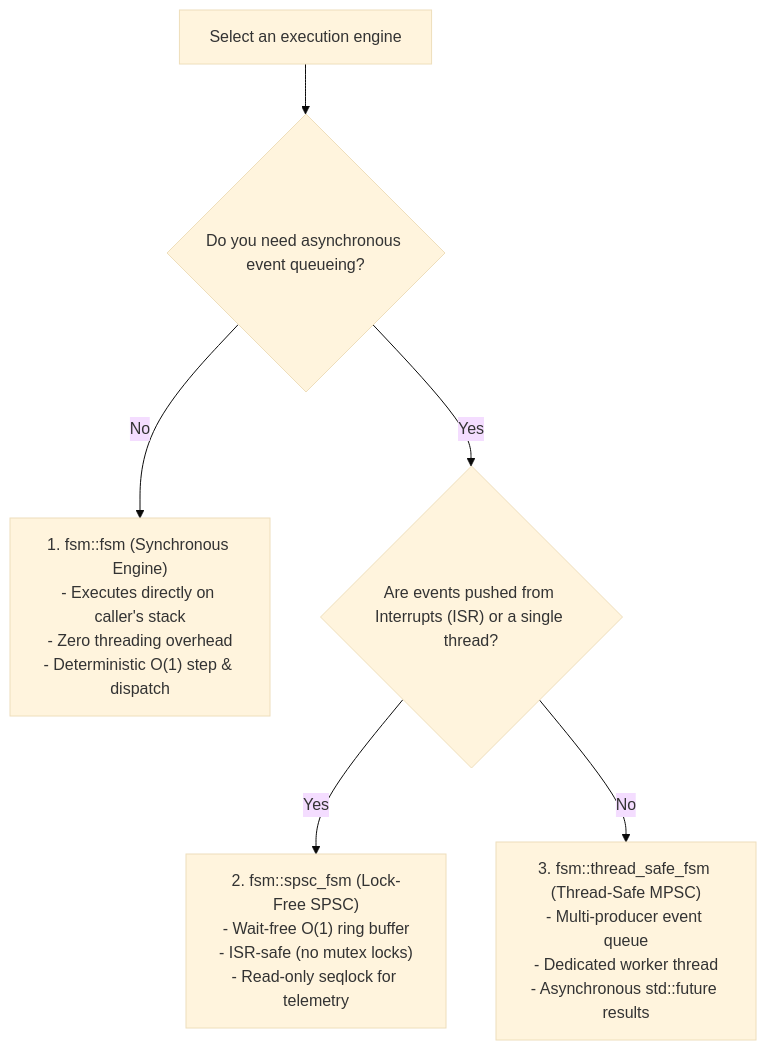
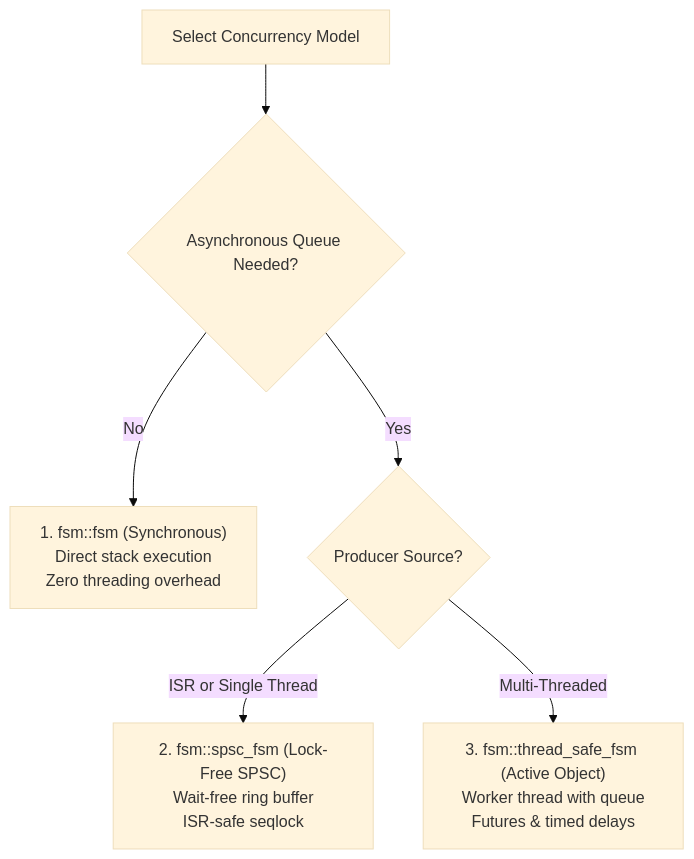
One commit to simoneCavalleri/fsmc changed the diagram in docs/runtime_api/index.md. Above: the diagram before and after it, drawn with Mermaid (base theme). The commit also changed other lines of this file and 13 other files, not shown here.

````diff
--- a/docs/runtime_api/index.md
+++ b/docs/runtime_api/index.md
@@ -56,12 +56,10 @@
 ```mermaid
 flowchart TD
-    Start["Select an execution engine"] --> Q1{"Do you need asynchronous event queueing?"}
+    Start["Select Concurrency Model"] --> Q1{"Asynchronous Queue Needed?"}
     
-    Q1 -- No --> Sync["1. fsm::fsm (Synchronous Engine)<br/>- Executes directly on caller's stack<br/>- Zero threading overhead<br/>- Deterministic O(1) step & dispatch"]
+    Q1 -->|No| Sync["1. fsm::fsm (Synchronous)<br/>Direct stack execution<br/>Zero threading overhead"]
+    Q1 -->|Yes| Q2{"Producer Source?"}
     
-    Q1 -- Yes --> Q2{"Are events pushed from Interrupts (ISR) or a single thread?"}
-    
-    Q2 -- Yes --> SPSC["2. fsm::spsc_fsm (Lock-Free SPSC)<br/>- Wait-free O(1) ring buffer<br/>- ISR-safe (no mutex locks)<br/>- Read-only seqlock for telemetry"]
-    
-    Q2 -- No --> MPSC["3. fsm::thread_safe_fsm (Thread-Safe MPSC)<br/>- Multi-producer event queue<br/>- Dedicated worker thread<br/>- Asynchronous std::future results"]
+    Q2 -->|ISR or Single Thread| SPSC["2. fsm::spsc_fsm (Lock-Free SPSC)<br/>Wait-free ring buffer<br/>ISR-safe seqlock"]
+    Q2 -->|Multi-Threaded| MPSC["3. fsm::thread_safe_fsm (Active Object)<br/>Worker thread with queue<br/>Futures & timed delays"]
 ```
````
